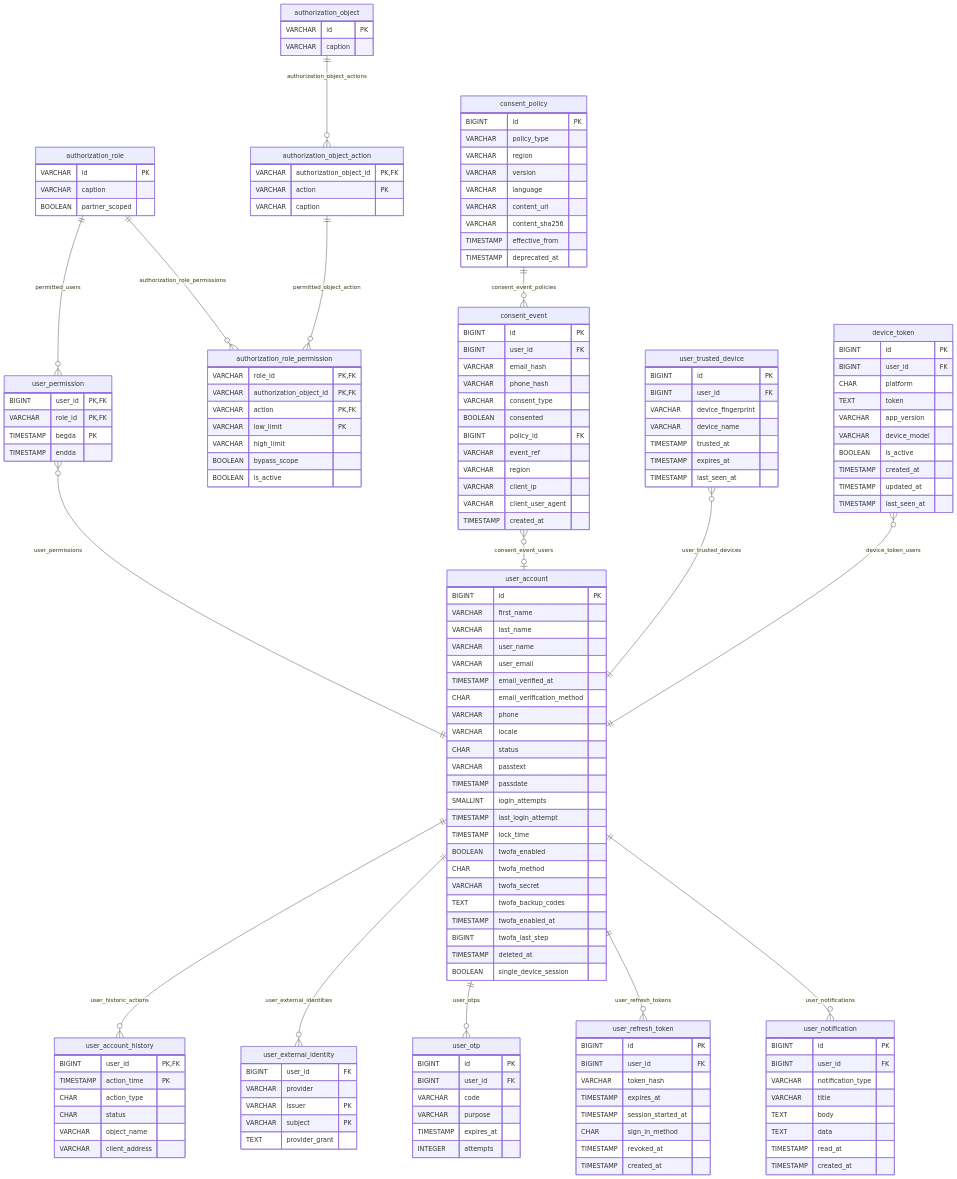
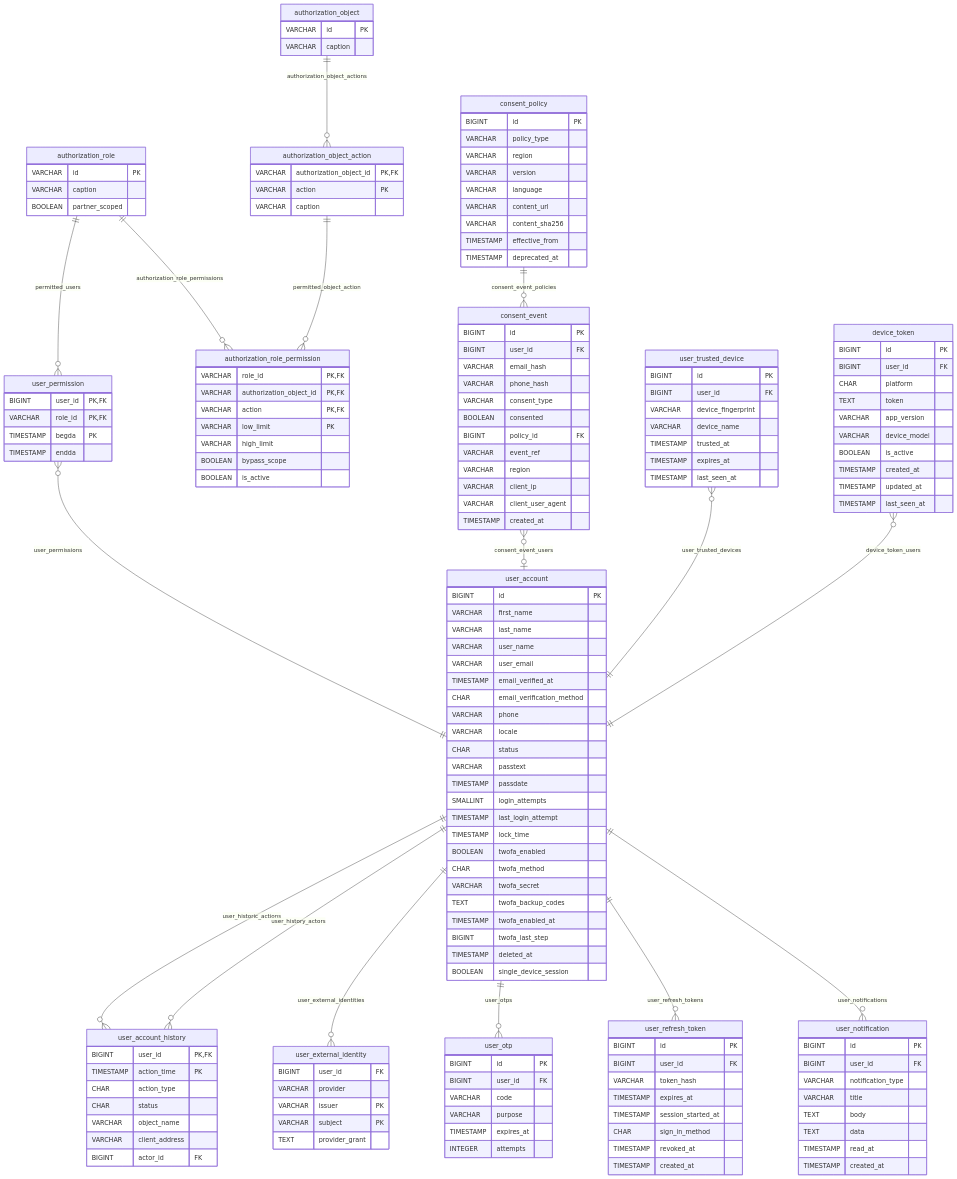
Before and after one commit to nauticana/keel: the seventh of 24 diagrams in doc/database.md, drawn with Mermaid. The commit also changed other lines of this file and 44 other files, not shown here.

```diff
--- a/doc/database.md
+++ b/doc/database.md
@@ -482,6 +484,7 @@
     consent_policy ||--o{ consent_event : "consent_event_policies"
 
     user_account ||--o{ user_account_history : "user_historic_actions"
+    user_account ||--o{ user_account_history : "user_history_actors"
     user_account ||--o{ user_external_identity : "user_external_identities"
     user_account ||--o{ user_otp : "user_otps"
     user_account ||--o{ user_refresh_token : "user_refresh_tokens"
@@ -499,6 +502,7 @@
         CHAR status
         VARCHAR object_name
         VARCHAR client_address
+        BIGINT actor_id FK
     }
     user_refresh_token {
         BIGINT id PK
```
